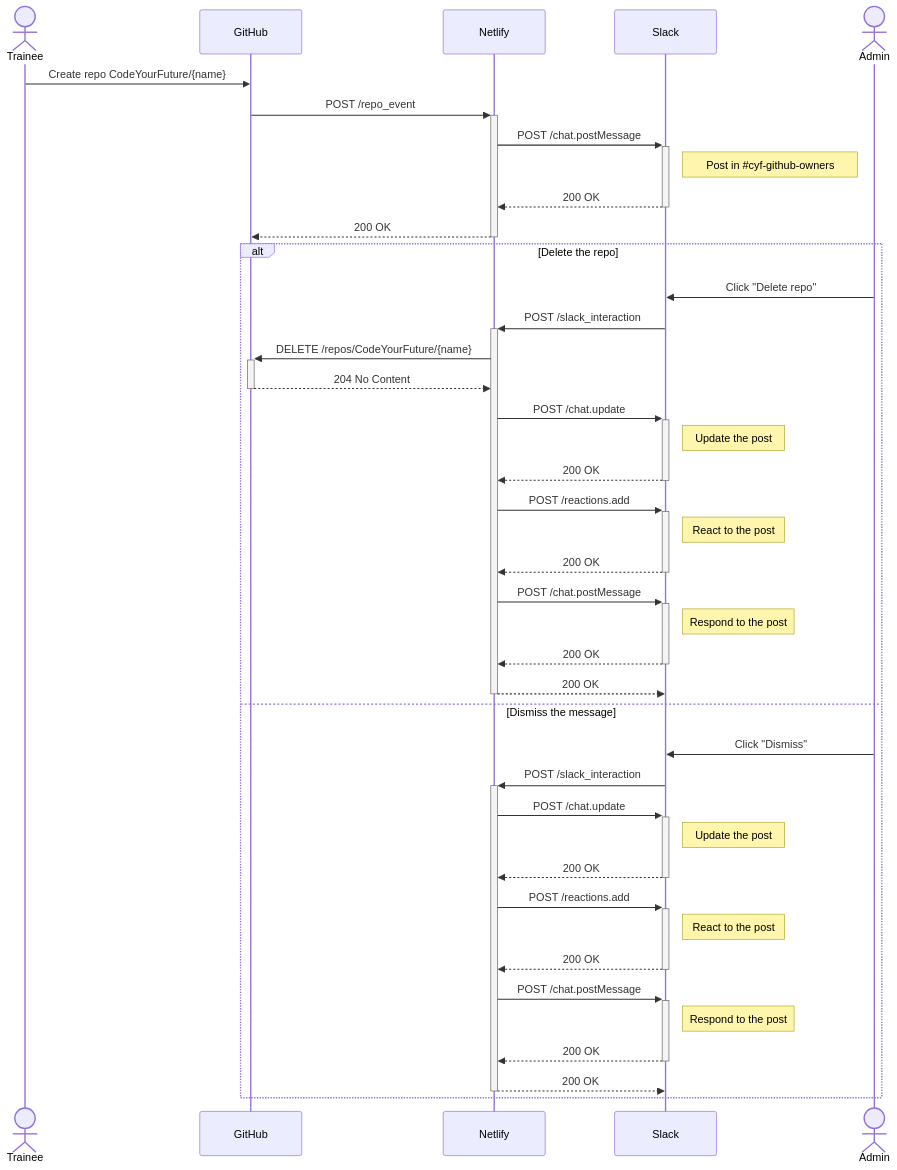
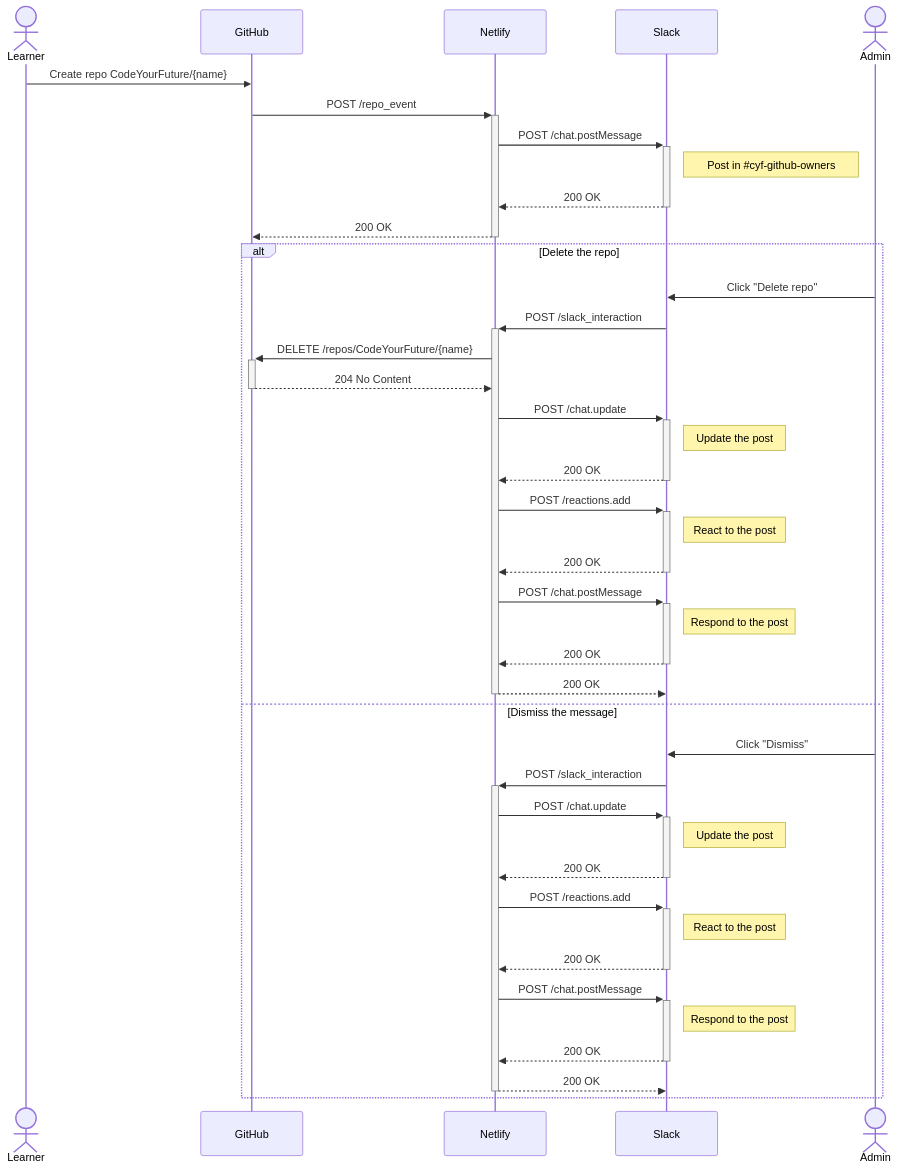
Before and after one commit to CodeYourFuture/gitbot: the diagram in README.md, drawn with Mermaid. The commit also changed other lines of this file, not shown here.

````diff
--- a/README.md
+++ b/README.md
@@ -23,43 +23,43 @@
 ```mermaid
 sequenceDiagram
-    actor Trainee
+    actor Learner
     participant GitHub
     participant Netlify
     participant Slack
-    Trainee->>GitHub: Create repo CodeYourFuture/{name}
+    Learner->>GitHub: Create repo CodeYourFuture/{name}
     GitHub->>+Netlify: POST /repo_event
     Netlify->>+Slack: POST /chat.postMessage
     Note right of Slack: Post in #35;cyf-github-owners
     Slack-->>-Netlify: 200 OK
     Netlify-->>-GitHub: 200 OK
     actor Admin
     alt Delete the repo
     Admin->>Slack: Click "Delete repo"
     Slack->>+Netlify: POST /slack_interaction
     Netlify->>+GitHub: DELETE /repos/CodeYourFuture/{name}
     GitHub-->>-Netlify: 204 No Content
     Netlify->>+Slack: POST /chat.update
     Note right of Slack: Update the post
     Slack-->>-Netlify: 200 OK
     Netlify->>+Slack: POST /reactions.add
     Note right of Slack: React to the post
     Slack-->>-Netlify: 200 OK
     Netlify->>+Slack: POST /chat.postMessage
     Note right of Slack: Respond to the post
     Slack-->>-Netlify: 200 OK
     Netlify-->>-Slack: 200 OK
     else Dismiss the message
     Admin->>Slack: Click "Dismiss"
     Slack->>+Netlify: POST /slack_interaction
     Netlify->>+Slack: POST /chat.update
     Note right of Slack: Update the post
     Slack-->>-Netlify: 200 OK
     Netlify->>+Slack: POST /reactions.add
     Note right of Slack: React to the post
     Slack-->>-Netlify: 200 OK
     Netlify->>+Slack: POST /chat.postMessage
     Note right of Slack: Respond to the post
     Slack-->>-Netlify: 200 OK
     Netlify-->>-Slack: 200 OK
     end
 ```
````
